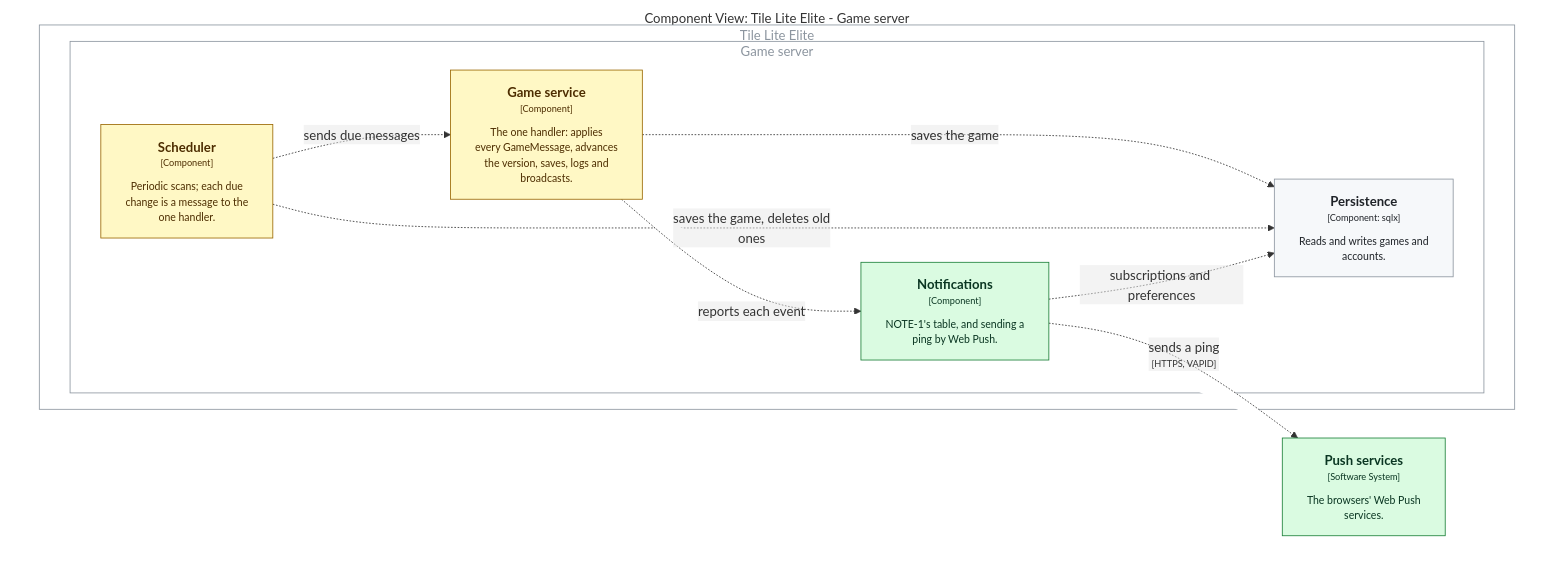
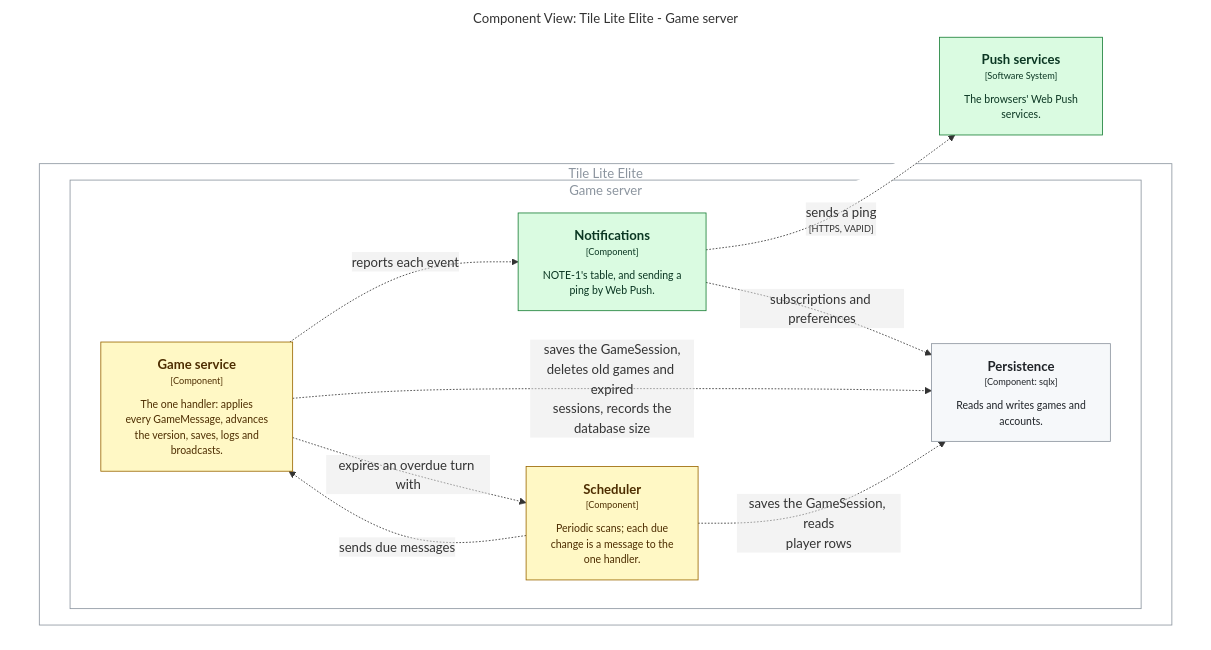
The second of 2 diagrams in applications/tile-lite-elite/3.1.7-changes/workstreams/application-game-architecture/71-one-game-model/71-map-diagrams.md (delphside/programme), drawn with Mermaid before and after one commit. The commit also changed other lines of this file, not shown here.

First line of the commit message:
71: map diagrams redrawn on the reviewed as-is model

````diff
--- a/applications/tile-lite-elite/3.1.7-changes/workstreams/application-game-architecture/71-one-game-model/71-map-diagrams.md
+++ b/applications/tile-lite-elite/3.1.7-changes/workstreams/application-game-architecture/71-one-game-model/71-map-diagrams.md
@@ -81,37 +86,38 @@
 ```mermaid
 graph TB
   linkStyle default fill:#ffffff
 
   subgraph diagram ["Component View: Tile Lite Elite - Game server"]
     style diagram fill:#ffffff,stroke:#ffffff
 
-    81["<div style='font-weight: bold'>Push services</div><div style='font-size: 70%; margin-top: 0px'>[Software System]</div><div style='font-size: 80%; margin-top:10px'>The browsers' Web Push<br />services.</div>"]
-    style 81 fill:#dafbe1,stroke:#1a7f37,color:#0a3622
+    96["<div style='font-weight: bold'>Push services</div><div style='font-size: 70%; margin-top: 0px'>[Software System]</div><div style='font-size: 80%; margin-top:10px'>The browsers' Web Push<br />services.</div>"]
+    style 96 fill:#dafbe1,stroke:#1a7f37,color:#0a3622
 
     subgraph 4 ["Tile Lite Elite"]
       style 4 fill:#ffffff,stroke:#8c959f,color:#8c959f
 
       subgraph 9 ["Game server"]
         style 9 fill:#ffffff,stroke:#8c959f,color:#8c959f
 
         13["<div style='font-weight: bold'>Game service</div><div style='font-size: 70%; margin-top: 0px'>[Component]</div><div style='font-size: 80%; margin-top:10px'>The one handler: applies<br />every GameMessage, advances<br />the version, saves, logs and<br />broadcasts.</div>"]
         style 13 fill:#fff8c5,stroke:#9a6700,color:#4d2d00
         20["<div style='font-weight: bold'>Scheduler</div><div style='font-size: 70%; margin-top: 0px'>[Component]</div><div style='font-size: 80%; margin-top:10px'>Periodic scans; each due<br />change is a message to the<br />one handler.</div>"]
         style 20 fill:#fff8c5,stroke:#9a6700,color:#4d2d00
         25["<div style='font-weight: bold'>Persistence</div><div style='font-size: 70%; margin-top: 0px'>[Component: sqlx]</div><div style='font-size: 80%; margin-top:10px'>Reads and writes games and<br />accounts.</div>"]
         style 25 fill:#f6f8fa,stroke:#8c959f,color:#1f2328
-        80["<div style='font-weight: bold'>Notifications</div><div style='font-size: 70%; margin-top: 0px'>[Component]</div><div style='font-size: 80%; margin-top:10px'>NOTE-1's table, and sending a<br />ping by Web Push.</div>"]
-        style 80 fill:#dafbe1,stroke:#1a7f37,color:#0a3622
+        95["<div style='font-weight: bold'>Notifications</div><div style='font-size: 70%; margin-top: 0px'>[Component]</div><div style='font-size: 80%; margin-top:10px'>NOTE-1's table, and sending a<br />ping by Web Push.</div>"]
+        style 95 fill:#dafbe1,stroke:#1a7f37,color:#0a3622
       end
 
     end
 
-    13-. "<div>saves the game</div><div style='font-size: 70%'></div>" .->25
-    20-. "<div>saves the game, deletes old<br />ones</div><div style='font-size: 70%'></div>" .->25
     20-. "<div>sends due messages</div><div style='font-size: 70%'></div>" .->13
-    13-. "<div>reports each event</div><div style='font-size: 70%'></div>" .->80
-    80-. "<div>sends a ping</div><div style='font-size: 70%'>[HTTPS, VAPID]</div>" .->81
-    80-. "<div>subscriptions and preferences</div><div style='font-size: 70%'></div>" .->25
+    13-. "<div>reports each event</div><div style='font-size: 70%'></div>" .->95
+    95-. "<div>sends a ping</div><div style='font-size: 70%'>[HTTPS, VAPID]</div>" .->96
+    95-. "<div>subscriptions and preferences</div><div style='font-size: 70%'></div>" .->25
+    13-. "<div>saves the GameSession,<br />deletes old games and expired<br />sessions, records the<br />database size</div><div style='font-size: 70%'></div>" .->25
+    20-. "<div>saves the GameSession, reads<br />player rows</div><div style='font-size: 70%'></div>" .->25
+    13-. "<div>expires an overdue turn with</div><div style='font-size: 70%'></div>" .->20
 
   end
 ```
````
